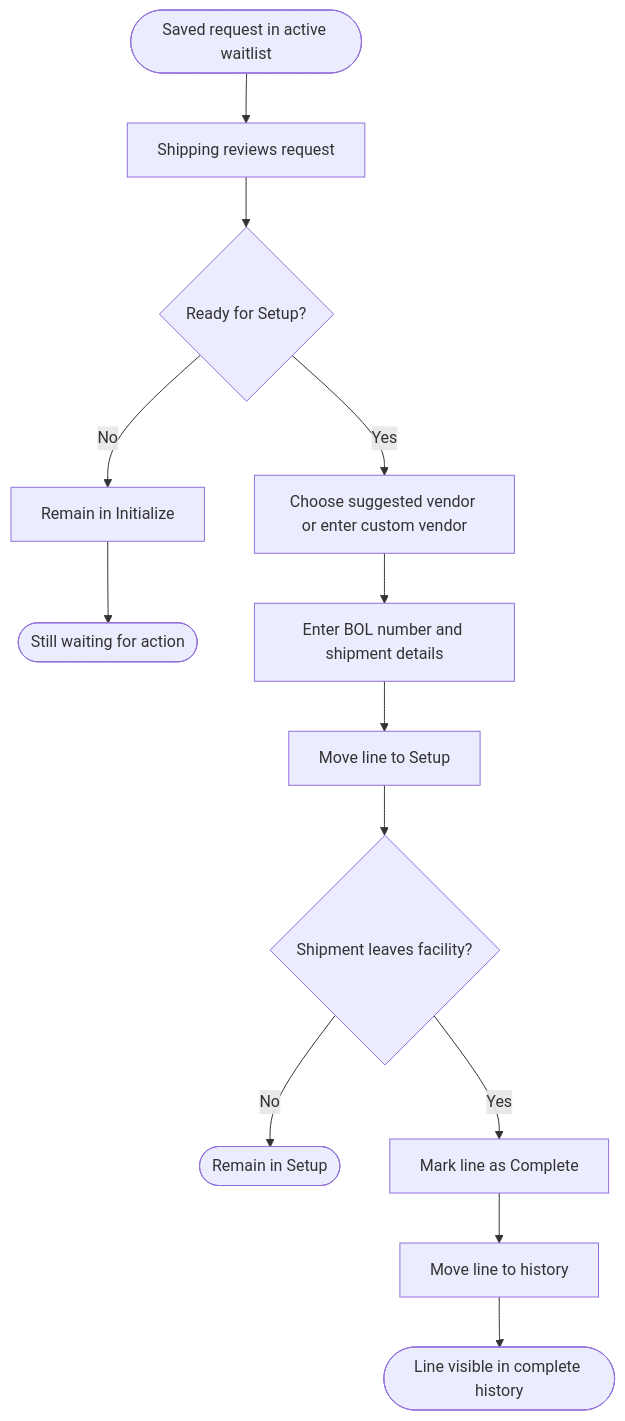
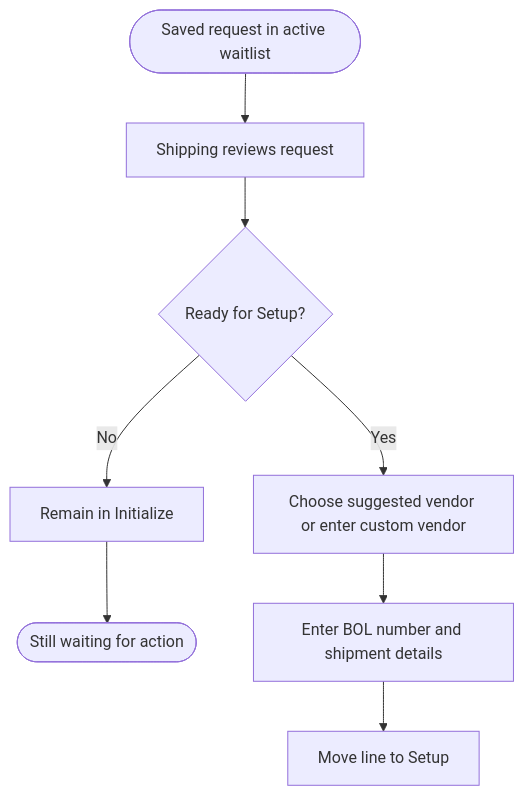
Before and after one commit to JDKoll1982/MTM_Receiving_Application: the second of 3 diagrams in docs/Modules/Module_OutsideService/End-User-Workflow-And-Mockups.md, drawn with Mermaid. The commit also changed other lines of this file, not shown here.

````diff
--- a/docs/Modules/Module_OutsideService/End-User-Workflow-And-Mockups.md
+++ b/docs/Modules/Module_OutsideService/End-User-Workflow-And-Mockups.md
@@ -66,15 +66,10 @@
 ```mermaid
 flowchart TD
   W2_1_Start([Saved request in active waitlist]) --> W2_1_ShippingReview[Shipping reviews request]
   W2_1_ShippingReview --> W2_1_SetupDecision{Ready for Setup?}
   W2_1_SetupDecision -->|No| W2_1_StayOpen[Remain in Initialize]
   W2_1_StayOpen --> W2_1_OpenEnd([Still waiting for action])
   W2_1_SetupDecision -->|Yes| W2_1_SelectVendor[Choose suggested vendor or enter custom vendor]
   W2_1_SelectVendor --> W2_1_AddShipmentData[Enter BOL number and shipment details]
   W2_1_AddShipmentData --> W2_1_SetupState[Move line to Setup]
-  W2_1_SetupState --> W2_1_CompleteDecision{Shipment leaves facility?}
-  W2_1_CompleteDecision -->|No| W2_1_SetupEnd([Remain in Setup])
-  W2_1_CompleteDecision -->|Yes| W2_1_MarkComplete[Mark line as Complete]
-  W2_1_MarkComplete --> W2_1_HistoryMove[Move line to history]
-  W2_1_HistoryMove --> W2_1_HistoryEnd([Line visible in complete history])
 ```
````
